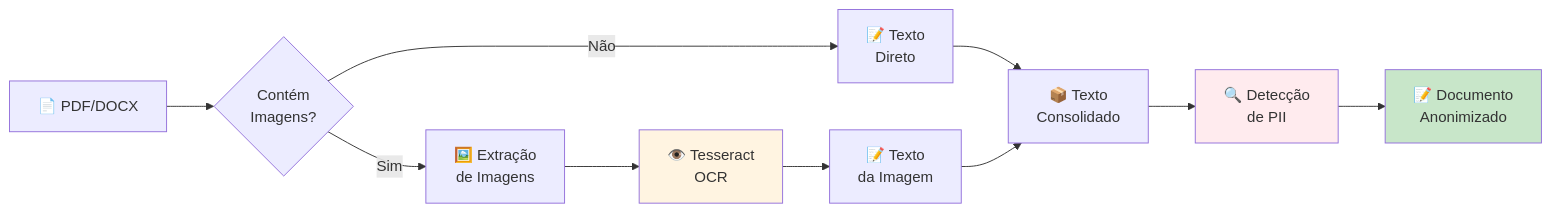
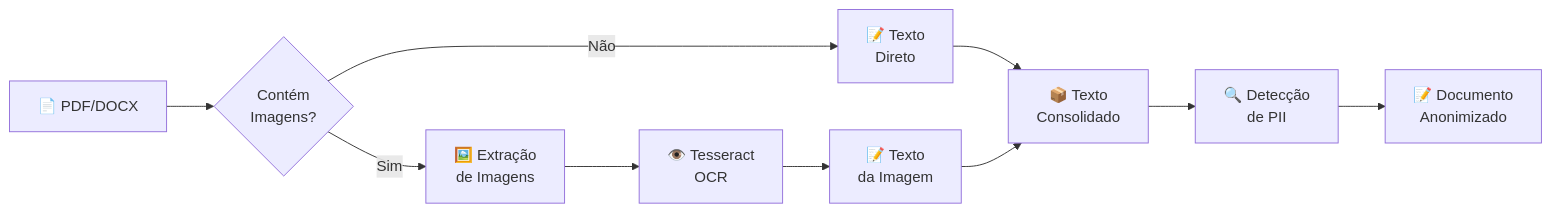
Diagram 22 of 24 in docs/diagrams.md (AnonShield/anonshield), drawn with Mermaid before and after one commit. The commit also changed other lines of this file, not shown here.

First line of the commit message:
Remove style definitions from diagrams

````diff
--- a/docs/diagrams.md
+++ b/docs/diagrams.md
@@ -1102,16 +1048,13 @@
 ```mermaid
 graph LR
     A[📄 PDF/DOCX] --> B{Contém<br/>Imagens?}
     B -->|Não| C[📝 Texto<br/>Direto]
     B -->|Sim| D[🖼️ Extração<br/>de Imagens]
     D --> E[👁️ Tesseract<br/>OCR]
     E --> F[📝 Texto<br/>da Imagem]
     C --> G[📦 Texto<br/>Consolidado]
     F --> G
     G --> H[🔍 Detecção<br/>de PII]
     H --> I[📝 Documento<br/>Anonimizado]
-    
-    style E fill:#fff4e1
-    style H fill:#ffebee
-    style I fill:#c8e6c9
+
 ```
````
